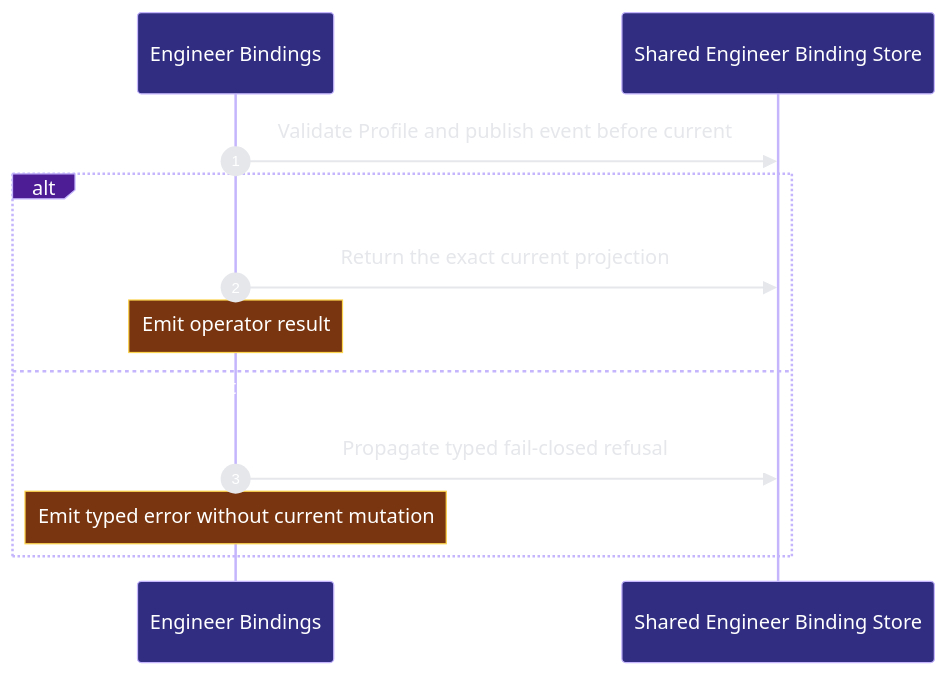
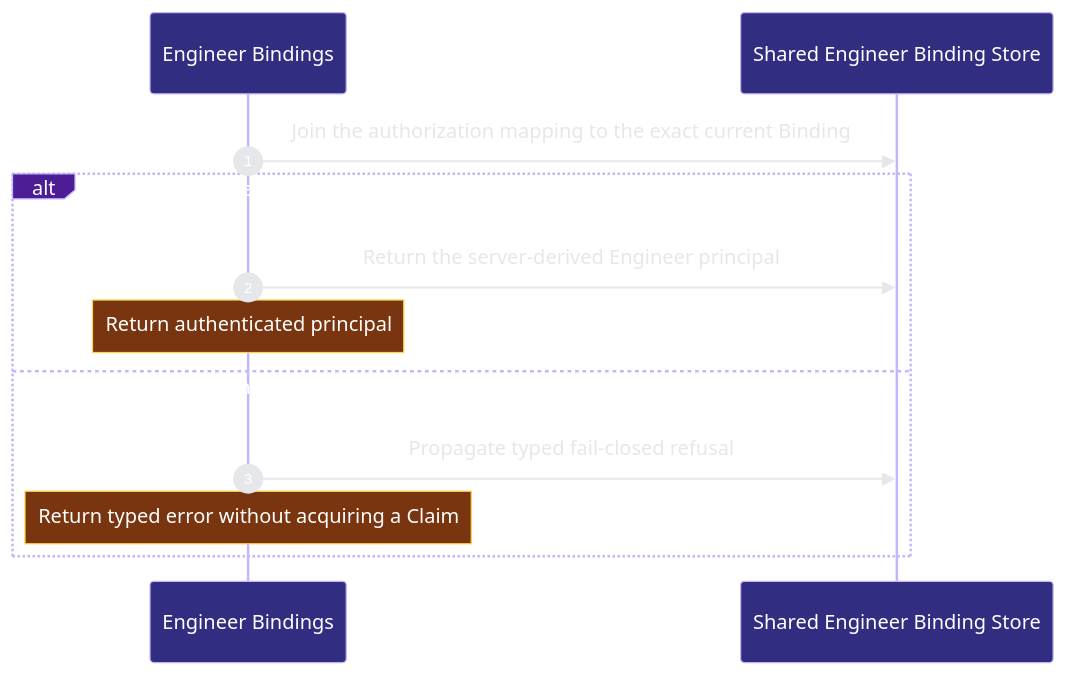
Before and after one commit to Ancienttwo/repo-harness: the second of 2 diagrams in docs/architecture/modules/runtime-harness/engineer-bindings.md, drawn with Mermaid. The commit also changed other lines of this file and 46 other files, not shown here.

Commit message:
feat: add authenticated engineer principal claims

````diff
--- a/docs/architecture/modules/runtime-harness/engineer-bindings.md
+++ b/docs/architecture/modules/runtime-harness/engineer-bindings.md
@@ -56,15 +58,15 @@
 ```mermaid
 %%{init: {"theme":"base","themeVariables":{"background":"#0d1117","actorBkg":"#312e81","actorBorder":"#c4b5fd","actorTextColor":"#ffffff","signalColor":"#e5e7eb","signalTextColor":"#e5e7eb","labelBoxBkgColor":"#4c1d95","labelBoxBorderColor":"#c4b5fd","labelTextColor":"#ffffff","noteBkgColor":"#78350f","noteBorderColor":"#fcd34d","noteTextColor":"#ffffff","sequenceNumberColor":"#ffffff"}}}%%
 sequenceDiagram
   autonumber
-  participant p2_operator_cli_c483b9c5 as Engineer Bindings
+  participant p2_engineer_authority_fd9ce331 as Engineer Bindings
   participant p2_binding_store_8e904230 as Shared Engineer Binding Store
-  p2_operator_cli_c483b9c5->>p2_binding_store_8e904230: Validate Profile and publish event before current
-  alt Binding current is durably published
-  p2_operator_cli_c483b9c5->>p2_binding_store_8e904230: Return the exact current projection
-    Note over p2_operator_cli_c483b9c5: Emit operator result
-  else Validation， CAS， lock， or durability check fails
-  p2_operator_cli_c483b9c5->>p2_binding_store_8e904230: Propagate typed fail-closed refusal
-    Note over p2_operator_cli_c483b9c5: Emit typed error without current mutation
+  p2_engineer_authority_fd9ce331->>p2_binding_store_8e904230: Join the authorization mapping to the exact current Binding
+  alt The mapping and current Binding match every exact fence
+  p2_engineer_authority_fd9ce331->>p2_binding_store_8e904230: Return the server-derived Engineer principal
+    Note over p2_engineer_authority_fd9ce331: Return authenticated principal
+  else Mapping， Profile， Binding， or exact fence validation fails
+  p2_engineer_authority_fd9ce331->>p2_binding_store_8e904230: Propagate typed fail-closed refusal
+    Note over p2_engineer_authority_fd9ce331: Return typed error without acquiring a Claim
   end
 ```
````
